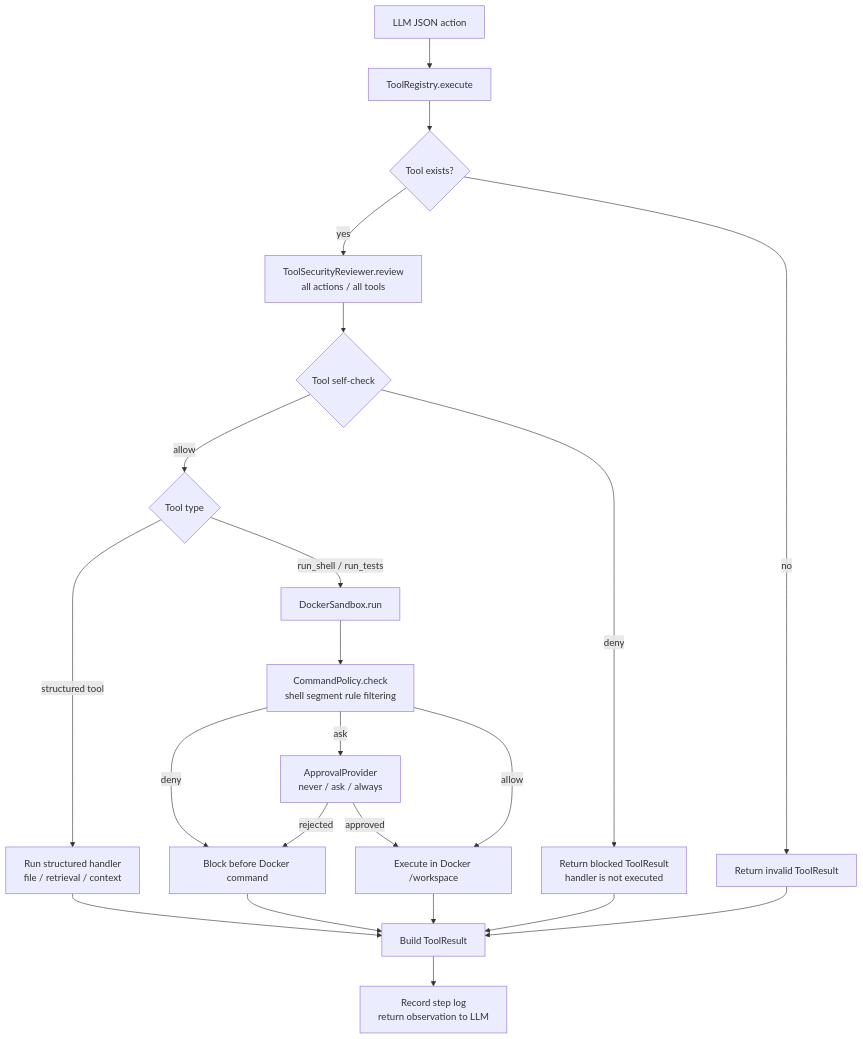
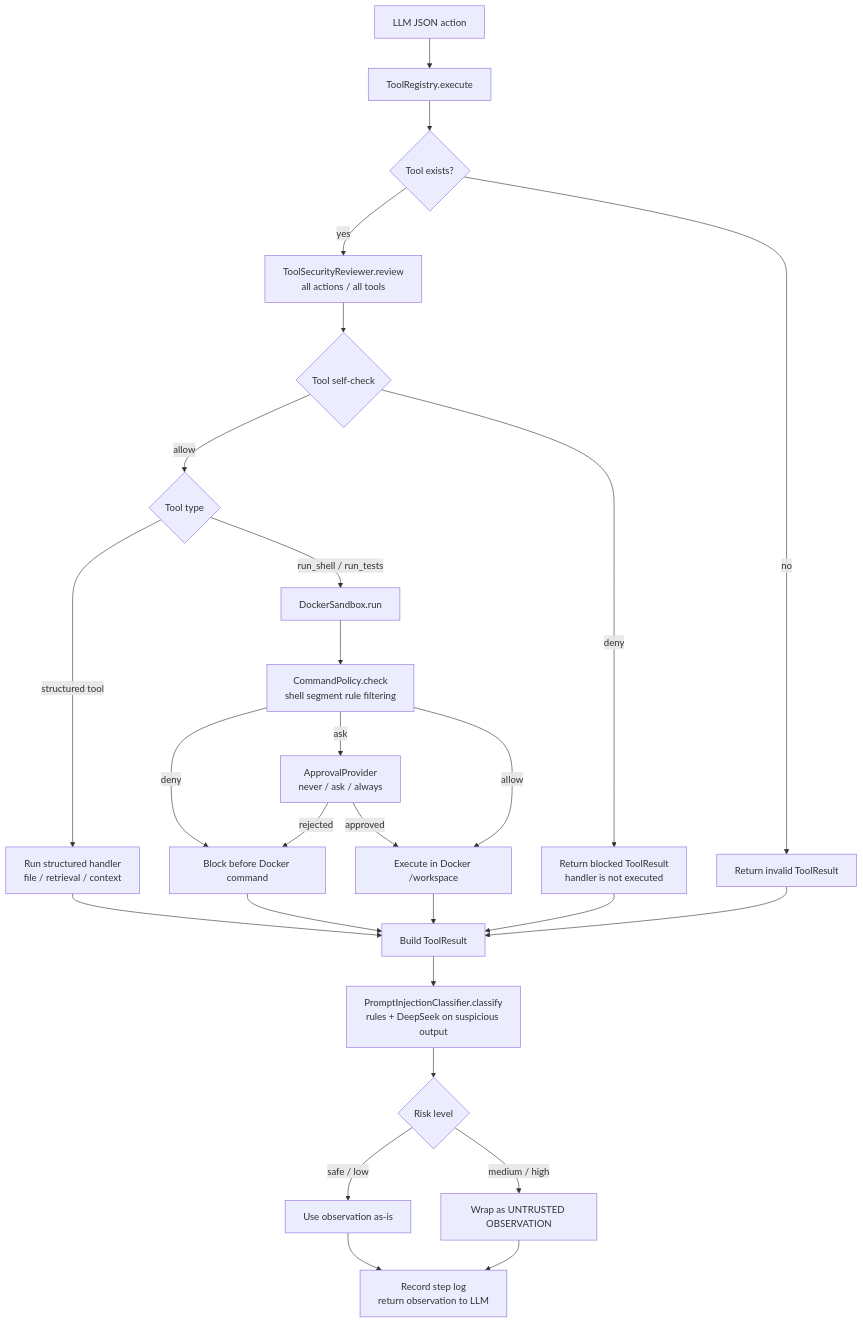
The fifth of 13 diagrams in README.md (Cachuela11/MiniCode), drawn with Mermaid before and after one commit. The commit also changed other lines of this file and 7 other files, not shown here.

Commit message:
update prompt injection

````diff
--- a/README.md
+++ b/README.md
@@ -240,24 +240,29 @@
 ```mermaid
 flowchart TD
     A[LLM JSON action] --> B[ToolRegistry.execute]
     B --> C{Tool exists?}
     C -->|no| D[Return invalid ToolResult]
     C -->|yes| E[ToolSecurityReviewer.review<br/>all actions / all tools]
     E --> F{Tool self-check}
     F -->|deny| G[Return blocked ToolResult<br/>handler is not executed]
     F -->|allow| H{Tool type}
     H -->|structured tool| I[Run structured handler<br/>file / retrieval / context]
     H -->|run_shell / run_tests| J[DockerSandbox.run]
     J --> K[CommandPolicy.check<br/>shell segment rule filtering]
     K -->|deny| L[Block before Docker command]
     K -->|ask| M[ApprovalProvider<br/>never / ask / always]
     M -->|rejected| L
     M -->|approved| N[Execute in Docker /workspace]
     K -->|allow| N
     I --> O[Build ToolResult]
     L --> O
     N --> O
     G --> O
     D --> O
-    O --> P[Record step log<br/>return observation to LLM]
+    O --> P[PromptInjectionClassifier.classify<br/>rules + DeepSeek on suspicious output]
+    P --> Q{Risk level}
+    Q -->|safe / low| R[Use observation as-is]
+    Q -->|medium / high| S[Wrap as UNTRUSTED OBSERVATION]
+    R --> T[Record step log<br/>return observation to LLM]
+    S --> T
 ```
````
